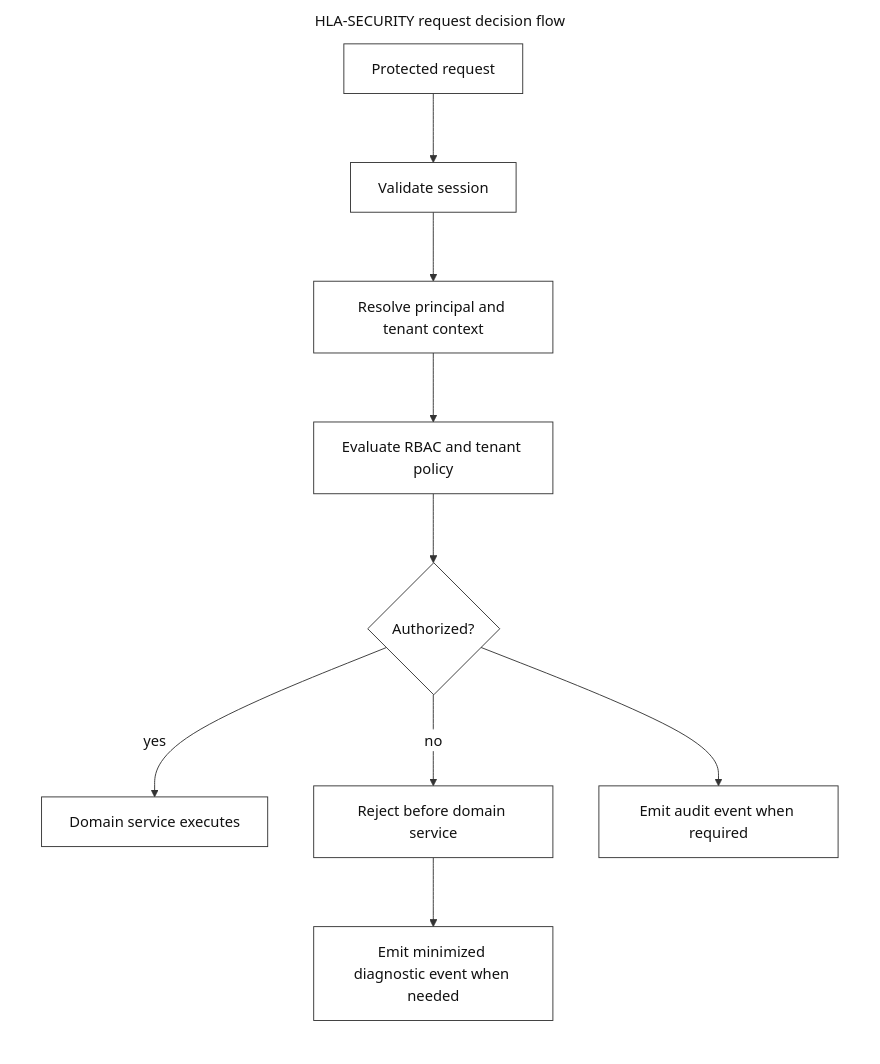
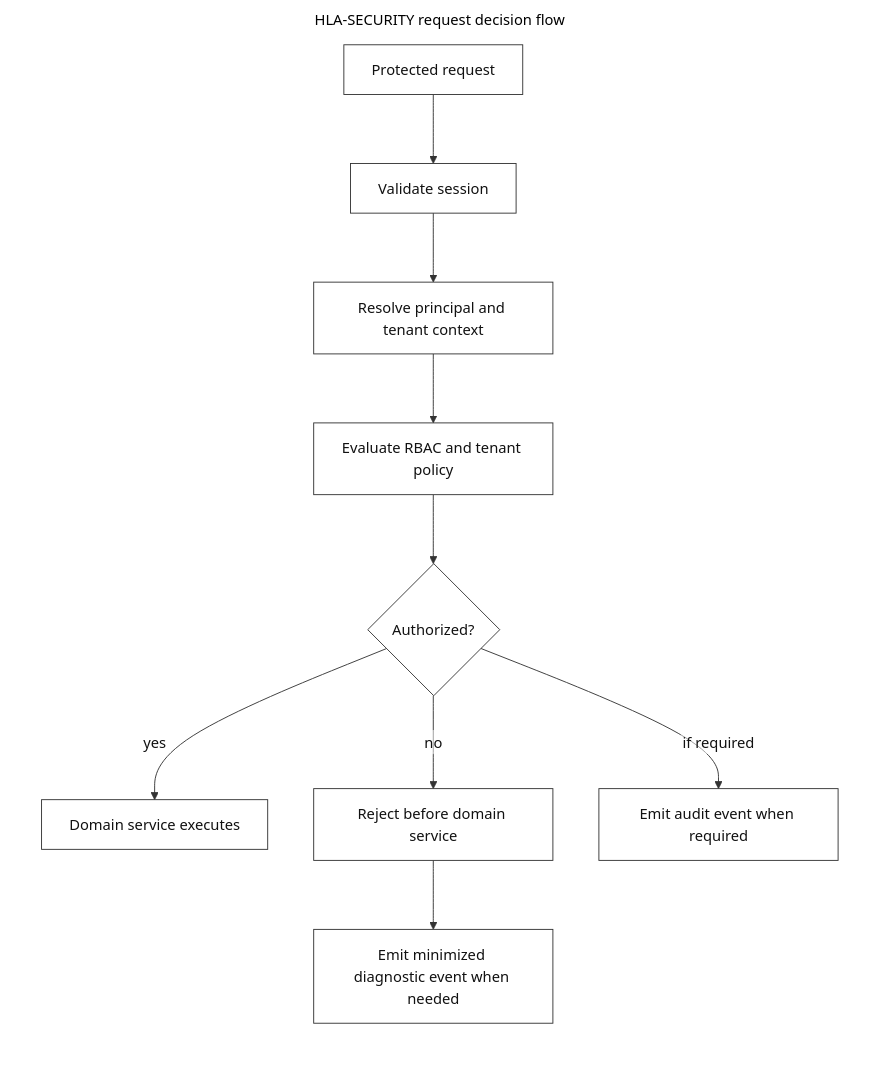
The diagram in system-documentation/system-artifacts/img-src/dd-security-request-decision-flow.mmd (code-monki/mylib), drawn with Mermaid before and after one commit. The commit also changed 72 other files, not shown here.

```diff
--- a/system-documentation/system-artifacts/img-src/dd-security-request-decision-flow.mmd
+++ b/system-documentation/system-artifacts/img-src/dd-security-request-decision-flow.mmd
@@ -1,24 +1,24 @@
-%%{init: {"theme": "base", "themeVariables": {"background": "#ffffff", "primaryColor": "#ffffff", "primaryTextColor": "#111111", "primaryBorderColor": "#333333", "lineColor": "#333333", "secondaryColor": "#f7f7f7", "tertiaryColor": "#ffffff", "clusterBkg": "#ffffff", "clusterBorder": "#777777", "edgeLabelBackground": "#ffffff"}}}%%
+%%{init: {"theme": "base", "flowchart": {"htmlLabels": false}, "themeVariables": {"background": "#ffffff", "primaryColor": "#ffffff", "primaryTextColor": "#111111", "primaryBorderColor": "#333333", "lineColor": "#333333", "secondaryColor": "#f7f7f7", "tertiaryColor": "#ffffff", "clusterBkg": "#ffffff", "clusterBorder": "#777777", "edgeLabelBackground": "#ffffff"}}}%%
 flowchart TB
   subgraph Diagram["HLA-SECURITY request decision flow"]
     direction TB
     Request["Protected request"]
     Session["Validate session"]
     Principal["Resolve principal and tenant context"]
     Policy["Evaluate RBAC and tenant policy"]
     Decision{"Authorized?"}
     Domain["Domain service executes"]
     Deny["Reject before domain service"]
     Audit["Emit audit event when required"]
     Obs["Emit minimized diagnostic event when needed"]
 
     Request --> Session
     Session --> Principal
     Principal --> Policy
     Policy --> Decision
     Decision -->|yes| Domain
     Decision -->|no| Deny
-    Decision --> Audit
+    Decision -->|if required| Audit
     Deny --> Obs
   end
   style Diagram fill:#ffffff,stroke:#ffffff,color:#111111
```
